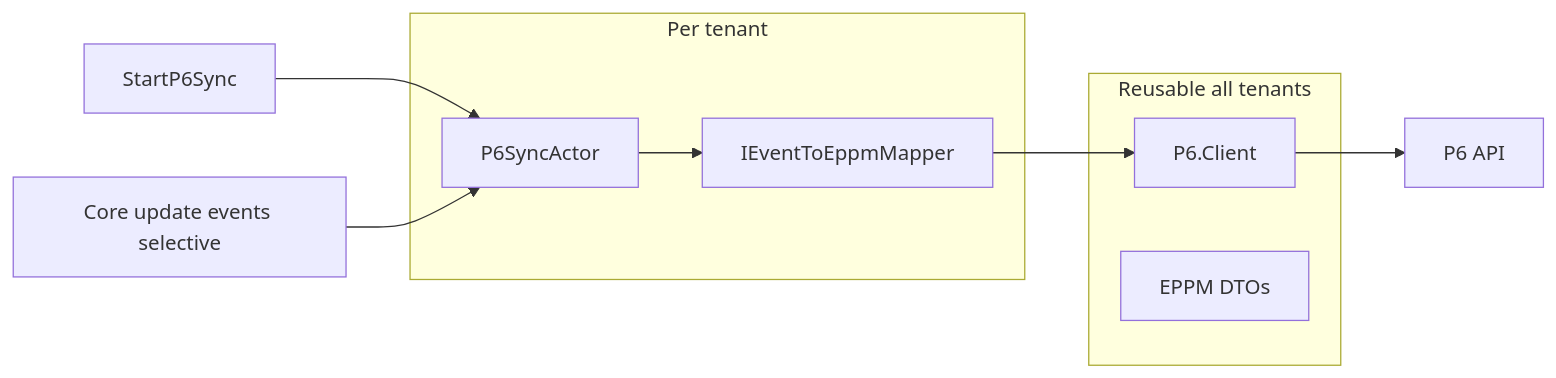
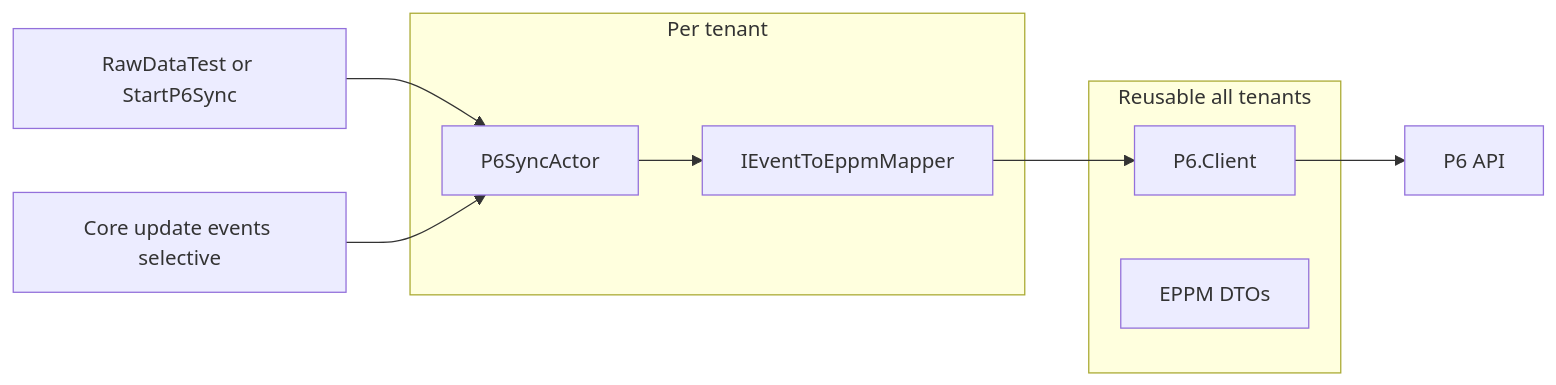
Before and after one commit to robbertF2P/Sandbox: the fourth of 4 diagrams in docs/floor2plan-akka-actor-integration-design.md, drawn with Mermaid. The commit also changed other lines of this file, not shown here.

Commit message:
Clarify raw data button as connector bypass quick test

````diff
--- a/docs/floor2plan-akka-actor-integration-design.md
+++ b/docs/floor2plan-akka-actor-integration-design.md
@@ -161,16 +164,16 @@
 ```mermaid
 flowchart LR
   subgraph shared["Reusable all tenants"]
     CLIENT["P6.Client"]
     DTO["EPPM DTOs"]
   end
 
   subgraph tenant["Per tenant"]
     MAP["IEventToEppmMapper"]
     ACTOR["P6SyncActor"]
   end
 
-  START["StartP6Sync"] --> ACTOR
+  START["RawDataTest or StartP6Sync"] --> ACTOR
   BUS["Core update events selective"] --> ACTOR
   ACTOR --> MAP --> CLIENT --> P6API["P6 API"]
 ```
````
